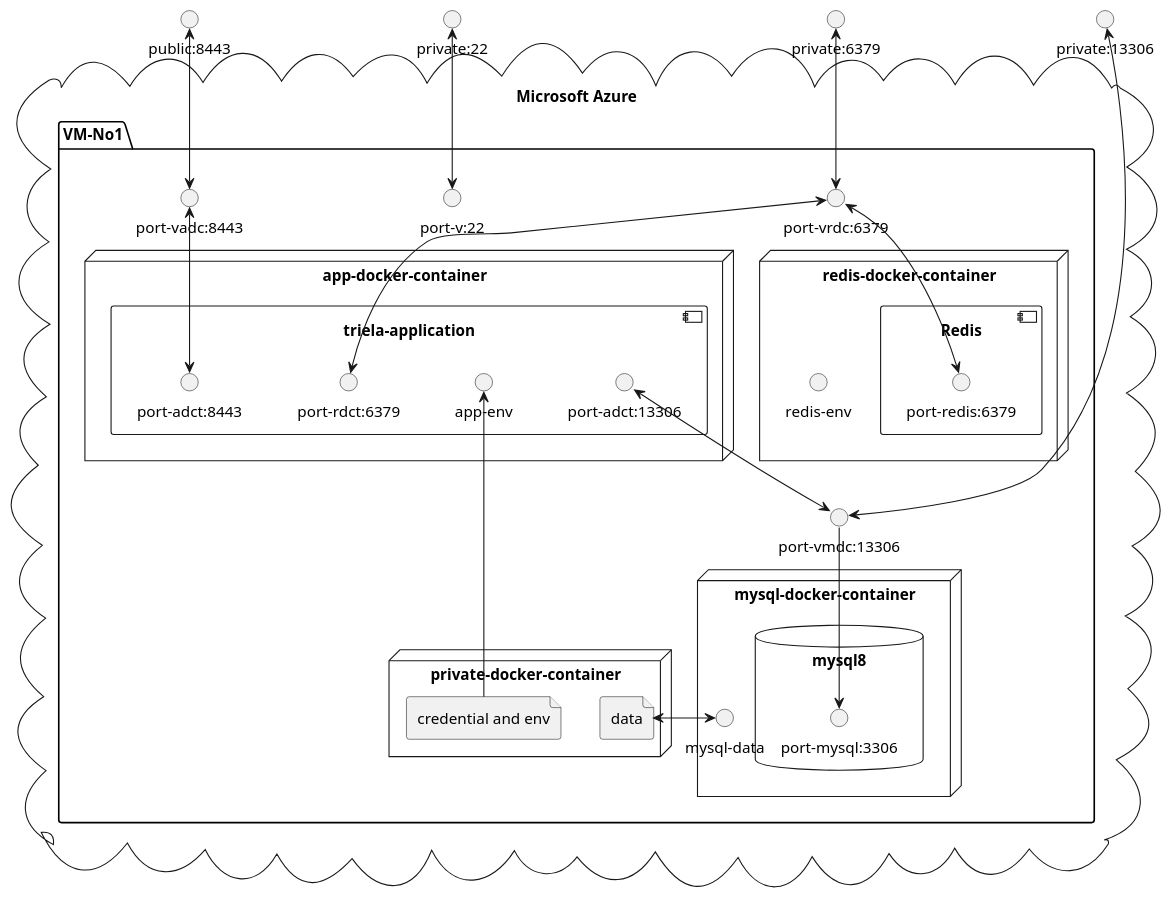
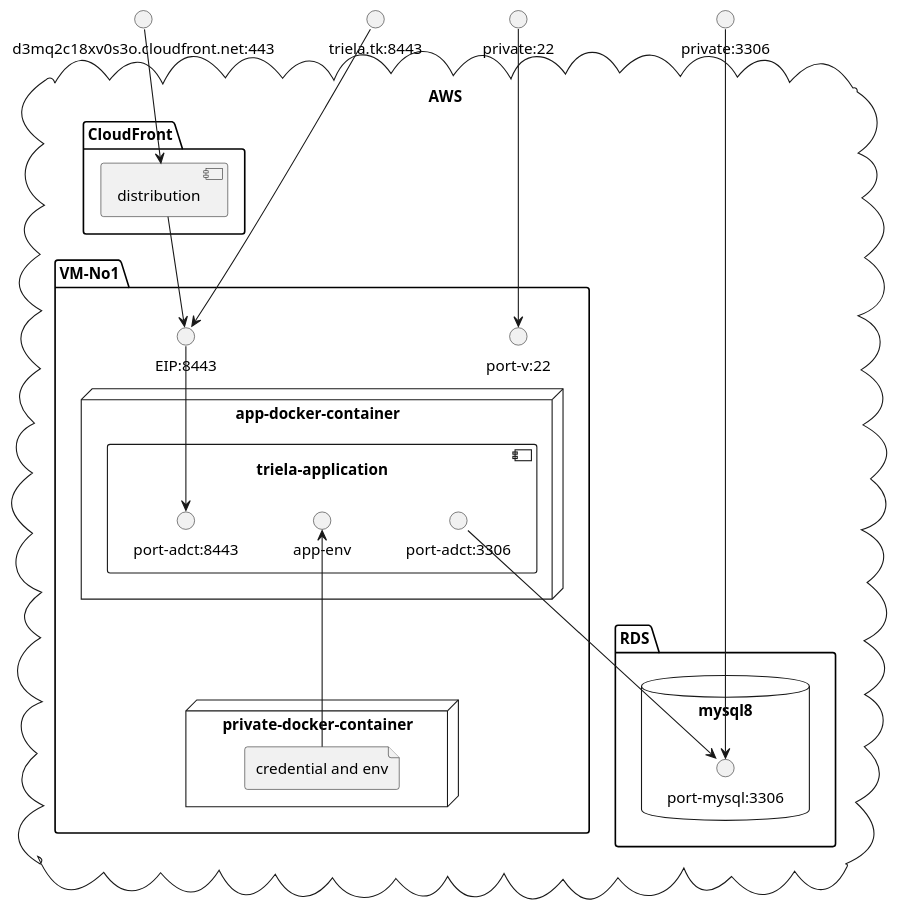
Before and after one commit to matanki-saito/dlldistributionserver: the diagram in Resource/README.img2.puml, drawn with PlantUML. The commit also changed 4 other files, not shown here.

```diff
--- a/Resource/README.img2.puml
+++ b/Resource/README.img2.puml
@@ -1,64 +1,52 @@
 @startuml
 
-() "public:8443"
+() "triela.tk:8443"
+() "d3mq2c18xv0s3o.cloudfront.net:443"
 () "private:22"
-() "private:13306"
-() "private:6379"
+() "private:3306"
 
-cloud "Microsoft Azure" {
-    package "VM-No1" {
 
-    () "port-vmdc:13306"
-    () "port-vadc:8443"
-    () "port-vrdc:6379"
-    () "port-v:22"
+cloud "AWS" {
 
-    node "mysql-docker-container" {
+    package "CloudFront"{
+        component "distribution"
+    }
+
+    package "RDS"{
         database "mysql8" {
             () "port-mysql:3306"
         }
-        () "mysql-data"
     }
+
+    package "VM-No1" {
+    () "EIP:8443"
+    () "port-v:22"
 
     node "app-docker-container" {
 
         component "triela-application"{
-            () "port-adct:13306"
-            () "port-rdct:6379"
+            () "port-adct:3306"
             () "port-adct:8443"
 
             () "app-env"
         }
     }
 
-    node "redis-docker-container" {
-        () "redis-env"
-        component "Redis" {
-            () "port-redis:6379"
-        }
-    }
-
     node "private-docker-container" {
         file "credential and env"
-        file "data"
     }
 }
 
-[public:8443] <--> [port-vadc:8443]
-[private:13306] <----> [port-vmdc:13306]
-[private:22] <--> [port-v:22]
-[private:6379] <--> [port-vrdc:6379]
+[d3mq2c18xv0s3o.cloudfront.net:443] --> [distribution]
+[distribution] --> [EIP:8443]
+[triela.tk:8443] ---> [EIP:8443]
+[private:22] ---> [port-v:22]
 
-[port-vrdc:6379] <--> [port-rdct:6379]
+[EIP:8443] --> [port-adct:8443]
 
-[port-adct:13306] <--> [port-vmdc:13306]
-
-[port-vadc:8443] <--> [port-adct:8443]
-[port-vrdc:6379] <--> [port-redis:6379]
-
-[port-vmdc:13306] --> [port-mysql:3306]
+[port-adct:3306] --> [port-mysql:3306]
+[private:3306] -----> [port-mysql:3306]
 
 [credential and env] -up-> [app-env]
-[data] <->[mysql-data]
 
 @enduml
```
